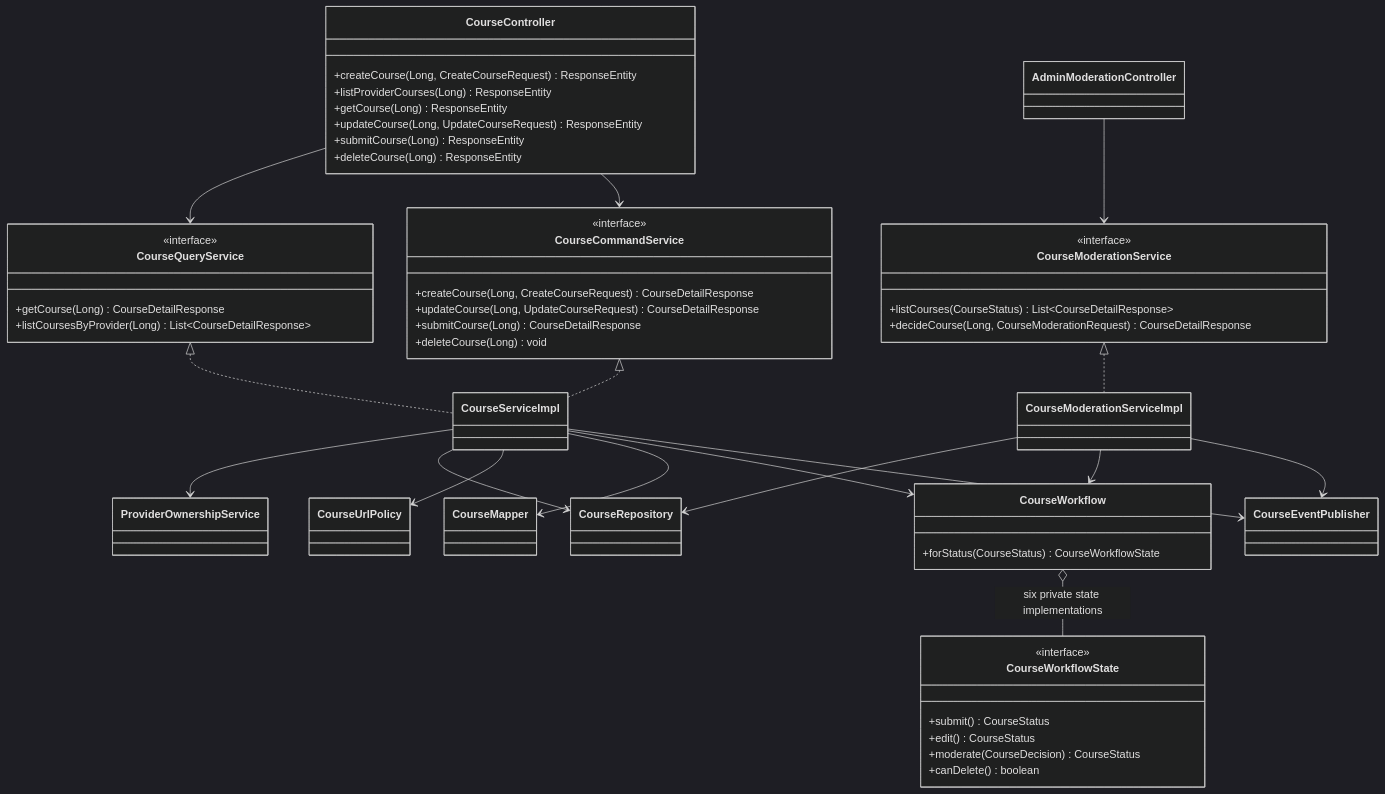
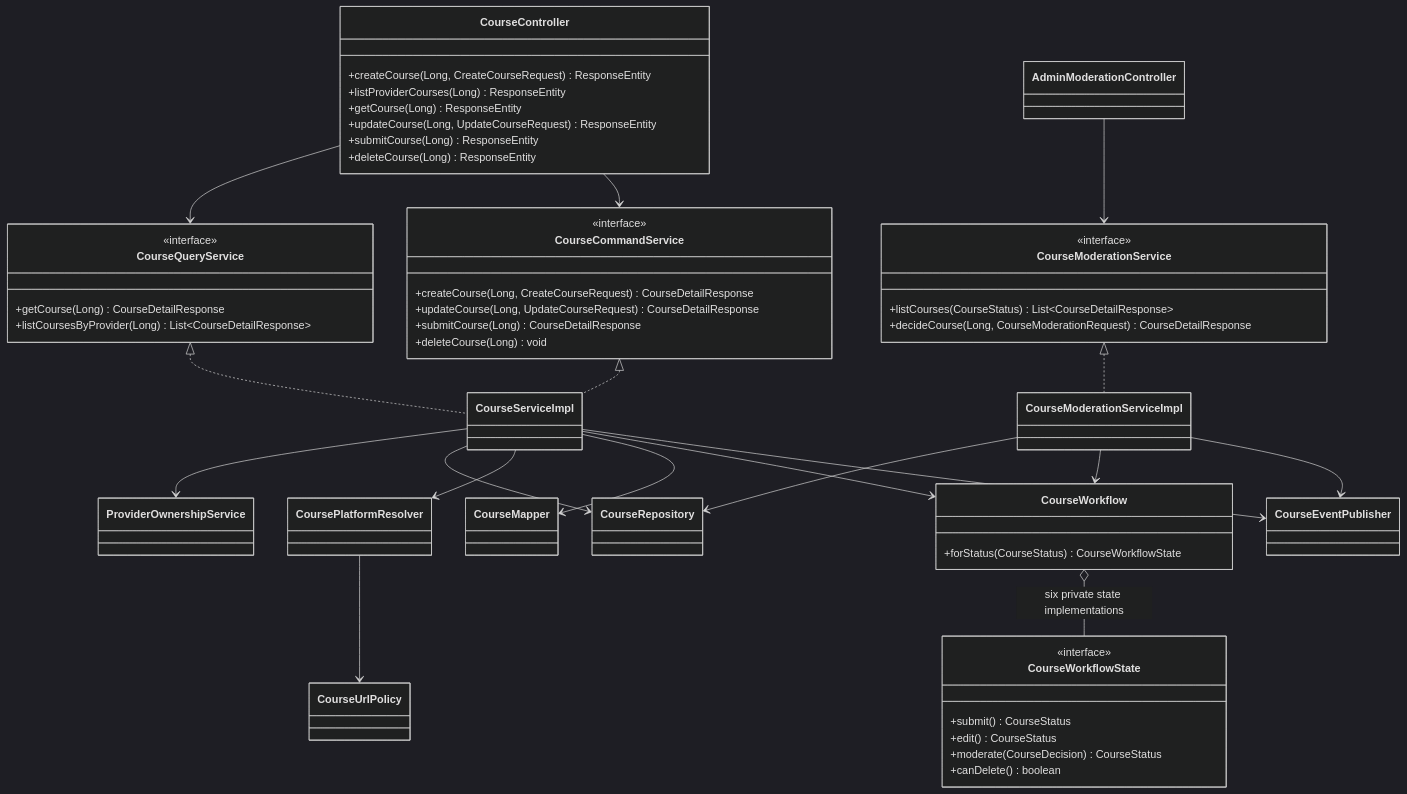
One commit to poohlikung/GROUP36_CourseRecommend changed the diagram in doc/diagrams/course-class.mmd. Above: the diagram before and after it, drawn with Mermaid (dark theme). The commit also changed 6 other files, not shown here.

Commit message:
docs: describe automatic course platform detection

```diff
--- a/doc/diagrams/course-class.mmd
+++ b/doc/diagrams/course-class.mmd
@@ -1,60 +1,62 @@
 classDiagram
     class CourseController {
         +createCourse(Long, CreateCourseRequest) ResponseEntity
         +listProviderCourses(Long) ResponseEntity
         +getCourse(Long) ResponseEntity
         +updateCourse(Long, UpdateCourseRequest) ResponseEntity
         +submitCourse(Long) ResponseEntity
         +deleteCourse(Long) ResponseEntity
     }
     class CourseQueryService {
         <<interface>>
         +getCourse(Long) CourseDetailResponse
         +listCoursesByProvider(Long) List~CourseDetailResponse~
     }
     class CourseCommandService {
         <<interface>>
         +createCourse(Long, CreateCourseRequest) CourseDetailResponse
         +updateCourse(Long, UpdateCourseRequest) CourseDetailResponse
         +submitCourse(Long) CourseDetailResponse
         +deleteCourse(Long) void
     }
     class CourseServiceImpl
     class CourseModerationService {
         <<interface>>
         +listCourses(CourseStatus) List~CourseDetailResponse~
         +decideCourse(Long, CourseModerationRequest) CourseDetailResponse
     }
     class CourseModerationServiceImpl
     class AdminModerationController
     class CourseWorkflow {
         +forStatus(CourseStatus) CourseWorkflowState
     }
     class CourseWorkflowState {
         <<interface>>
         +submit() CourseStatus
         +edit() CourseStatus
         +moderate(CourseDecision) CourseStatus
         +canDelete() boolean
     }
     class CourseRepository
     class ProviderOwnershipService
     class CourseUrlPolicy
+    class CoursePlatformResolver
     class CourseMapper
     class CourseEventPublisher
     CourseController --> CourseQueryService
     CourseController --> CourseCommandService
     CourseQueryService <|.. CourseServiceImpl
     CourseCommandService <|.. CourseServiceImpl
     AdminModerationController --> CourseModerationService
     CourseModerationService <|.. CourseModerationServiceImpl
     CourseServiceImpl --> ProviderOwnershipService
     CourseServiceImpl --> CourseRepository
-    CourseServiceImpl --> CourseUrlPolicy
+    CourseServiceImpl --> CoursePlatformResolver
+    CoursePlatformResolver --> CourseUrlPolicy
     CourseServiceImpl --> CourseMapper
     CourseServiceImpl --> CourseWorkflow
     CourseServiceImpl --> CourseEventPublisher
     CourseModerationServiceImpl --> CourseRepository
     CourseModerationServiceImpl --> CourseWorkflow
     CourseModerationServiceImpl --> CourseEventPublisher
     CourseWorkflow o-- CourseWorkflowState : six private state implementations
```
